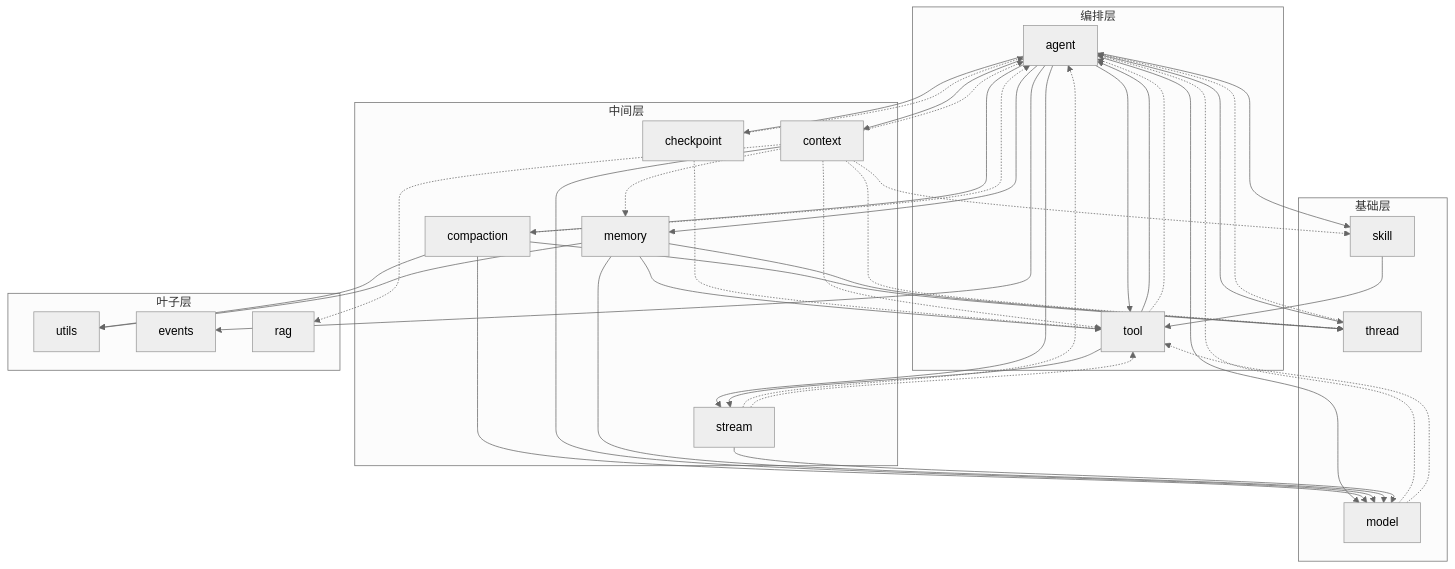
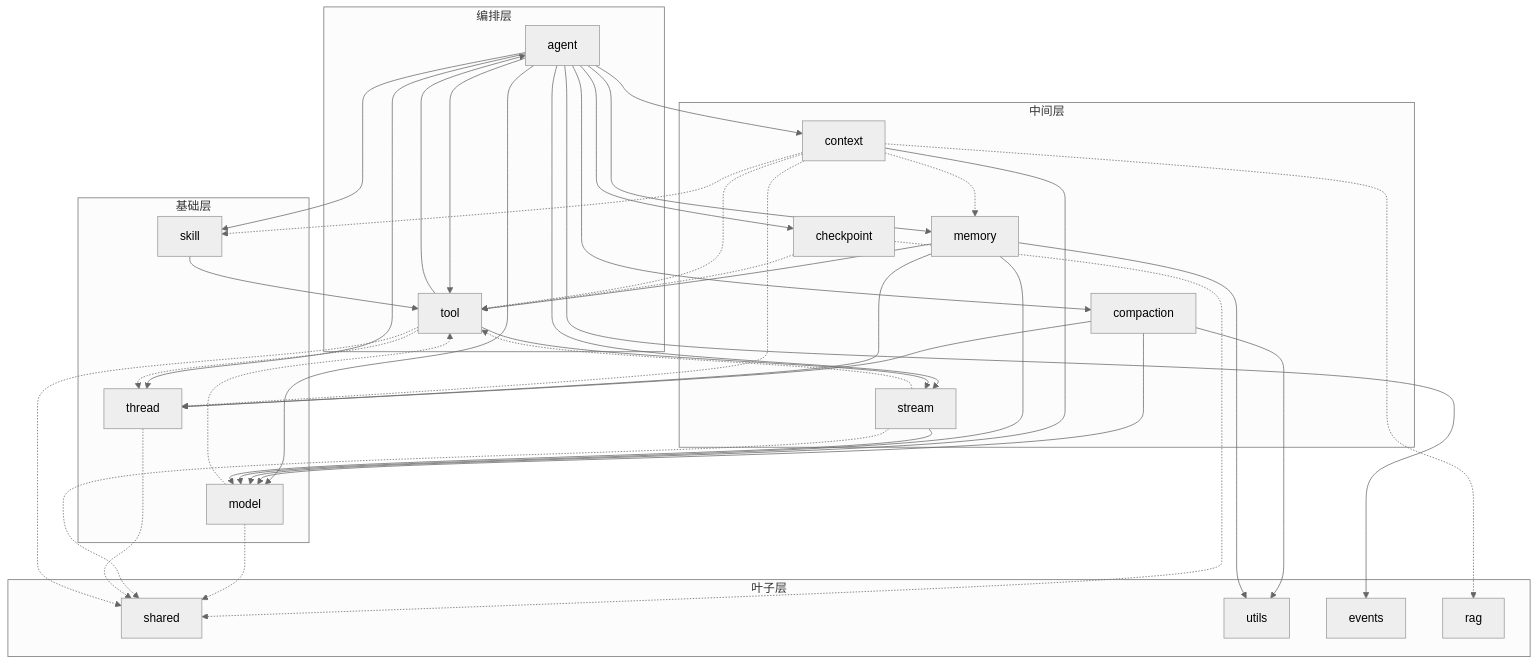
The diagram in packages/core/DEPENDENCIES.md (slince/vico), drawn with Mermaid (neutral theme) before and after one commit. The commit also changed other lines of this file and 23 other files, not shown here.

````diff
--- a/packages/core/DEPENDENCIES.md
+++ b/packages/core/DEPENDENCIES.md
@@ -13,69 +13,69 @@
 ```mermaid
 flowchart TD
     subgraph L3["编排层"]
         agent["agent"]
         tool["tool"]
     end
     subgraph L2["中间层"]
         checkpoint["checkpoint"]
         compaction["compaction"]
         context["context"]
         stream["stream"]
         memory["memory"]
     end
     subgraph L1["基础层"]
         model["model"]
         thread["thread"]
         skill["skill"]
     end
     subgraph L0["叶子层"]
+        shared["shared"]
         utils["utils"]
         events["events"]
         rag["rag"]
     end
 
     %% ---- 运行时值依赖（实线）----
     agent --> checkpoint
     agent --> compaction
     agent --> context
     agent --> events
     agent --> memory
     agent --> model
     agent --> skill
     agent --> stream
     agent --> thread
     agent --> tool
 
     compaction --> model
     compaction --> thread
     compaction --> utils
 
     context --> model
     memory --> model
     memory --> thread
     memory --> tool
     memory --> utils
 
     skill --> tool
     stream --> model
 
     tool --> agent
     tool --> stream
 
     %% ---- 仅类型依赖（虚线）----
-    checkpoint -.-> agent
+    checkpoint -.-> shared
     checkpoint -.-> tool
-    compaction -.-> agent
-    context -.-> agent
     context -.-> memory
     context -.-> rag
     context -.-> skill
     context -.-> thread
     context -.-> tool
-    model -.-> agent
+    model -.-> shared
     model -.-> tool
-    stream -.-> agent
+    stream -.-> shared
     stream -.-> tool
-    thread -.-> agent
-    tool -.-> agent
+    thread -.-> shared
+    tool -.-> shared
+    tool -.-> thread
 ```
````
